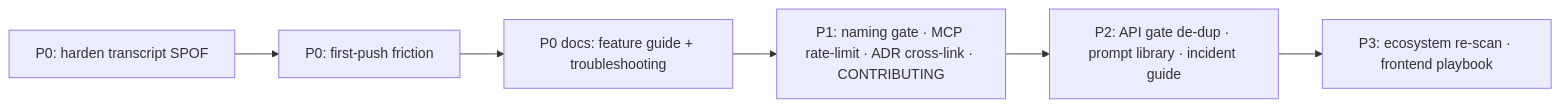
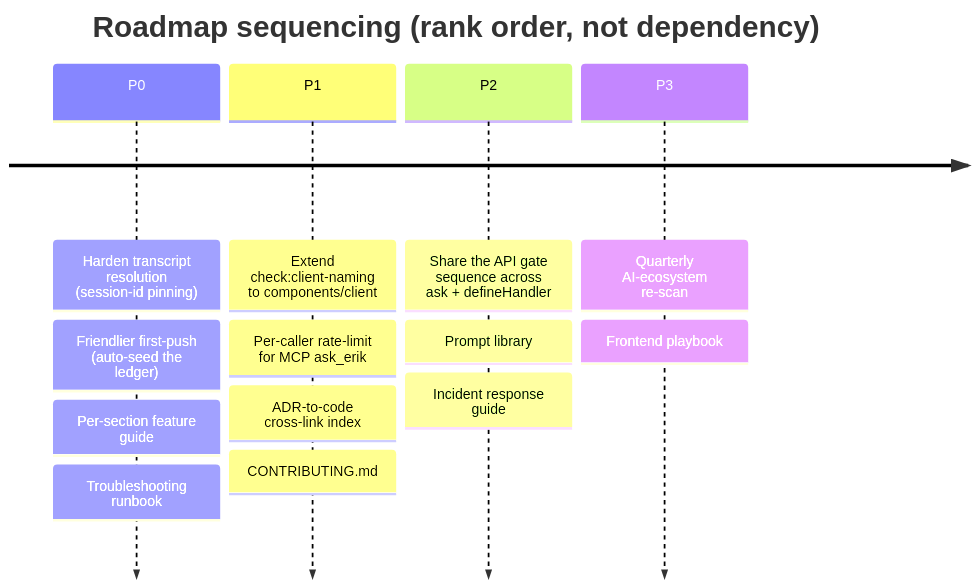
One commit to erikunha/portfolio changed the diagram in docs/handbook/roadmap.md. Above: the diagram before and after it, drawn with Mermaid. The commit also changed 28 other files, not shown here.

````diff
--- a/docs/handbook/roadmap.md
+++ b/docs/handbook/roadmap.md
@@ -41,8 +41,17 @@
 ```mermaid
-flowchart LR
-    p0a["P0: harden transcript SPOF"] --> p0b["P0: first-push friction"]
-    p0b --> p0c["P0 docs: feature guide + troubleshooting"]
-    p0c --> p1["P1: naming gate · MCP rate-limit · ADR cross-link · CONTRIBUTING"]
-    p1 --> p2["P2: API gate de-dup · prompt library · incident guide"]
-    p2 --> p3["P3: ecosystem re-scan · frontend playbook"]
+timeline
+    title Roadmap sequencing (rank order, not dependency)
+    P0 : Harden transcript resolution (session-id pinning)
+       : Friendlier first-push (auto-seed the ledger)
+       : Per-section feature guide
+       : Troubleshooting runbook
+    P1 : Extend check:client-naming to components/client
+       : Per-caller rate-limit for MCP ask_erik
+       : ADR-to-code cross-link index
+       : CONTRIBUTING.md
+    P2 : Share the API gate sequence across ask + defineHandler
+       : Prompt library
+       : Incident response guide
+    P3 : Quarterly AI-ecosystem re-scan
+       : Frontend playbook
 ```
````
